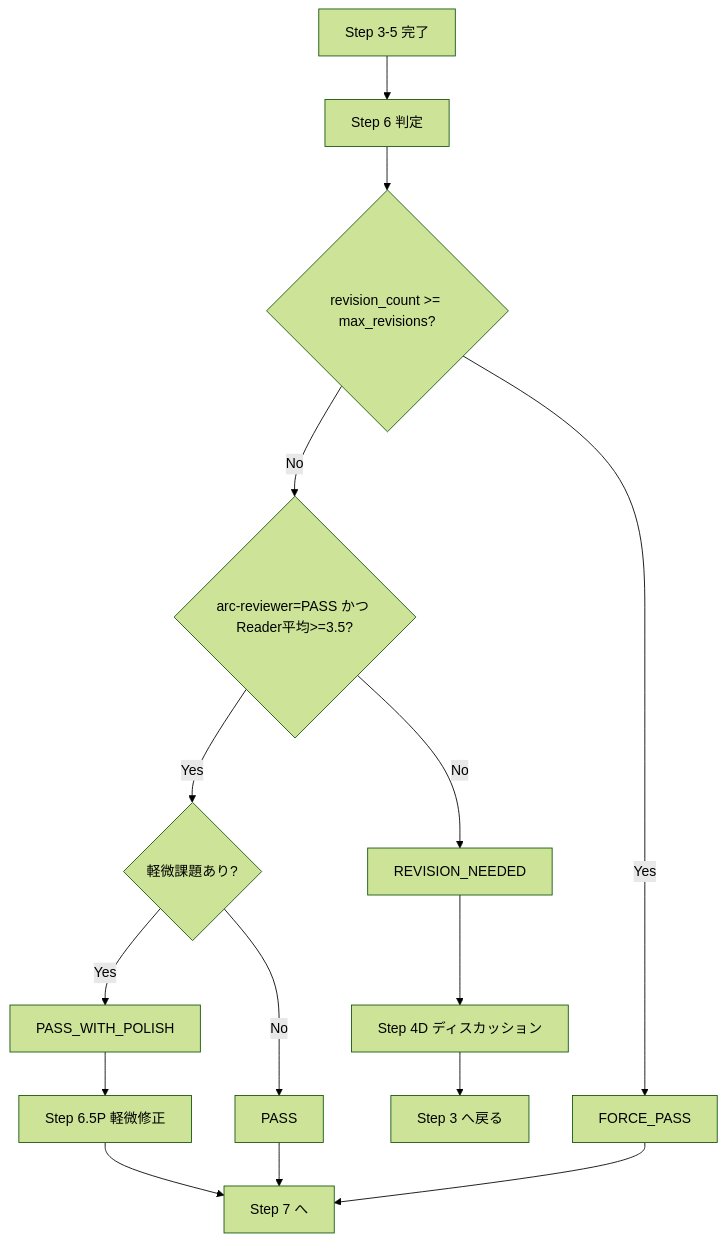
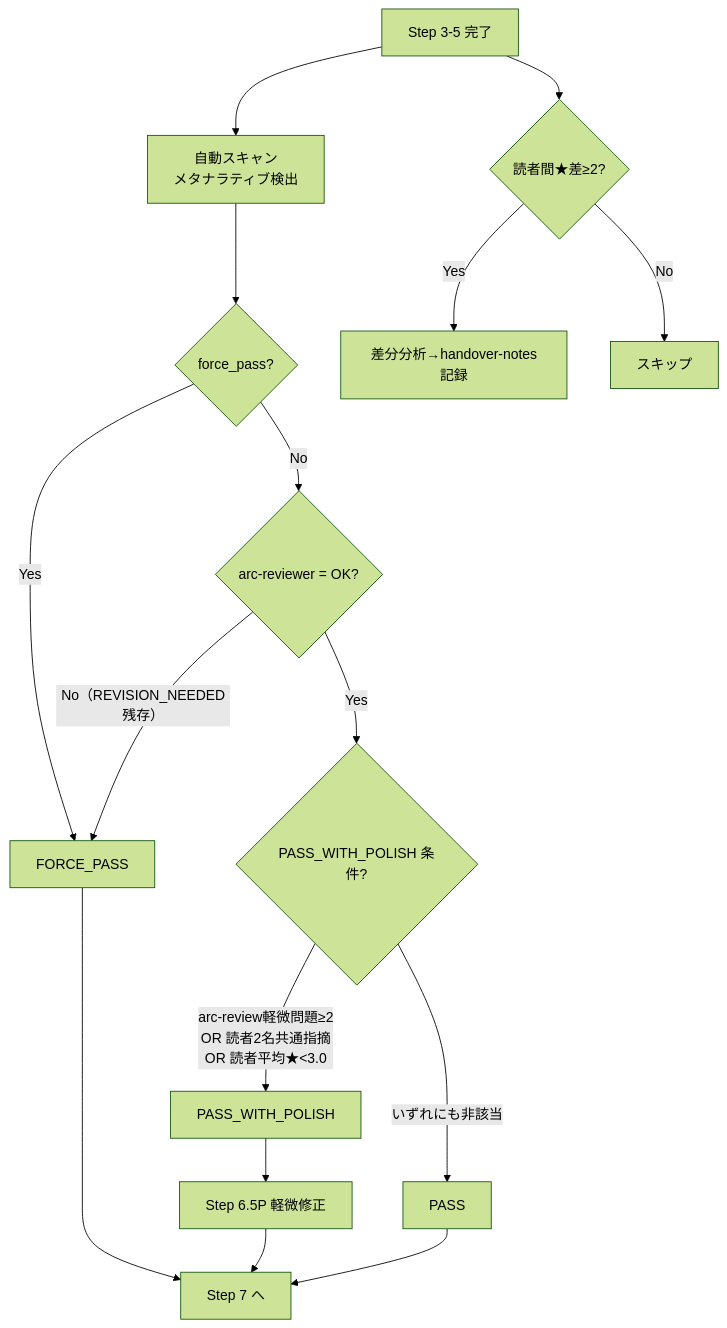
Before and after one commit to finelagusaz/Agentic_Writing: the second of 4 diagrams in docs/workflows.md, drawn with Mermaid (forest theme). The commit also changed other lines of this file and 3 other files, not shown here.

````diff
--- a/docs/workflows.md
+++ b/docs/workflows.md
@@ -153,18 +175,20 @@
 ```mermaid
 flowchart TD
-    A["Step 3-5 完了"] --> B["Step 6 判定"]
-    B --> C{"revision_count >= max_revisions?"}
+    A["Step 3-5 完了"] --> S0["自動スキャン<br/>メタナラティブ検出"]
+    S0 --> C{"force_pass?"}
     C -->|Yes| FP["FORCE_PASS"]
-    C -->|No| D{"arc-reviewer=PASS かつ Reader平均>=3.5?"}
-    D -->|No| R["REVISION_NEEDED"]
-    D -->|Yes| E{"軽微課題あり?"}
-    E -->|Yes| PWP["PASS_WITH_POLISH"]
-    E -->|No| PASS["PASS"]
+    C -->|No| D{"arc-reviewer = OK?"}
+    D -->|No（REVISION_NEEDED残存）| FP
+    D -->|Yes| E{"PASS_WITH_POLISH 条件?"}
+    E -->|"arc-review軽微問題≥2\nOR 読者2名共通指摘\nOR 読者平均★<3.0"| PWP["PASS_WITH_POLISH"]
+    E -->|いずれにも非該当| PASS["PASS"]
 
-    R --> RD["Step 4D ディスカッション"]
-    RD --> LOOP["Step 3 へ戻る"]
     PWP --> POL["Step 6.5P 軽微修正"]
     POL --> FIN["Step 7 へ"]
     PASS --> FIN
     FP --> FIN
+
+    A --> GAP{"読者間★差≥2?"}
+    GAP -->|Yes| ANAL["差分分析→handover-notes記録"]
+    GAP -->|No| SKIP["スキップ"]
 ```
````
